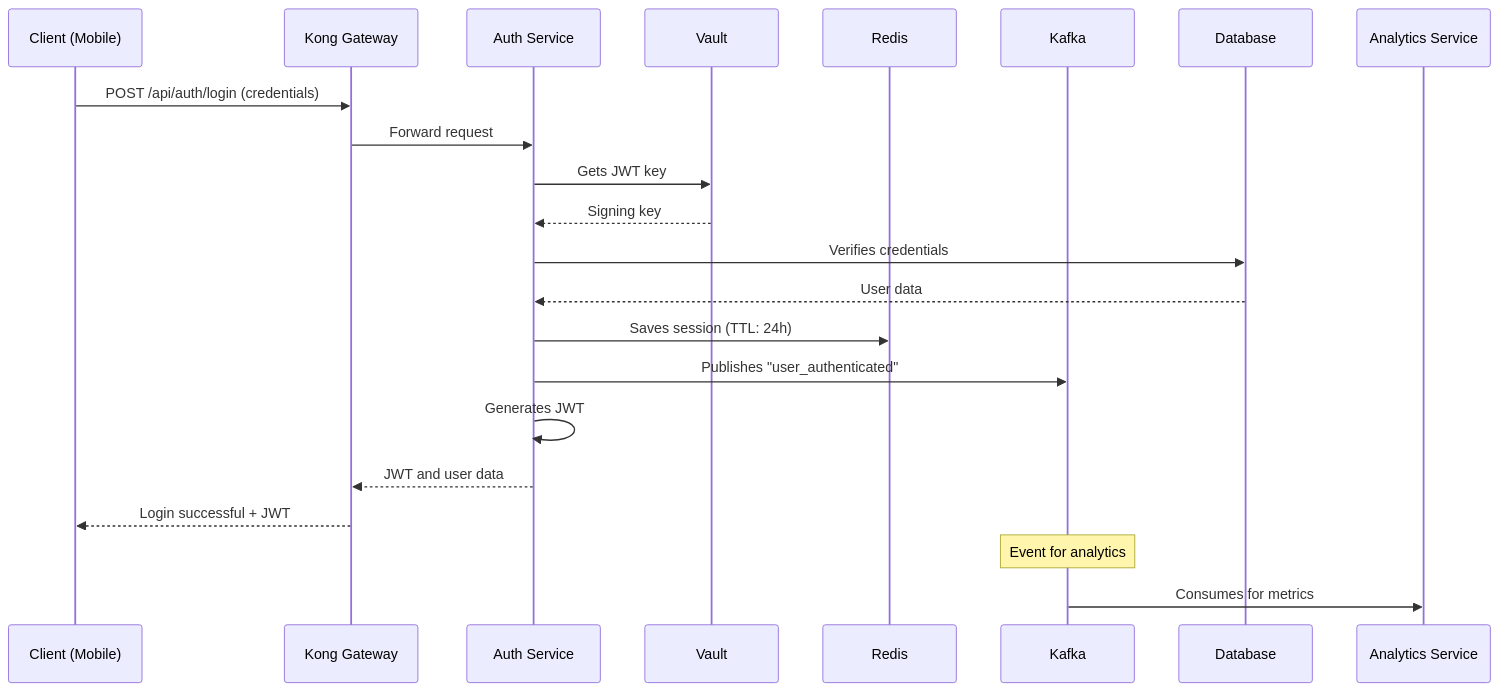
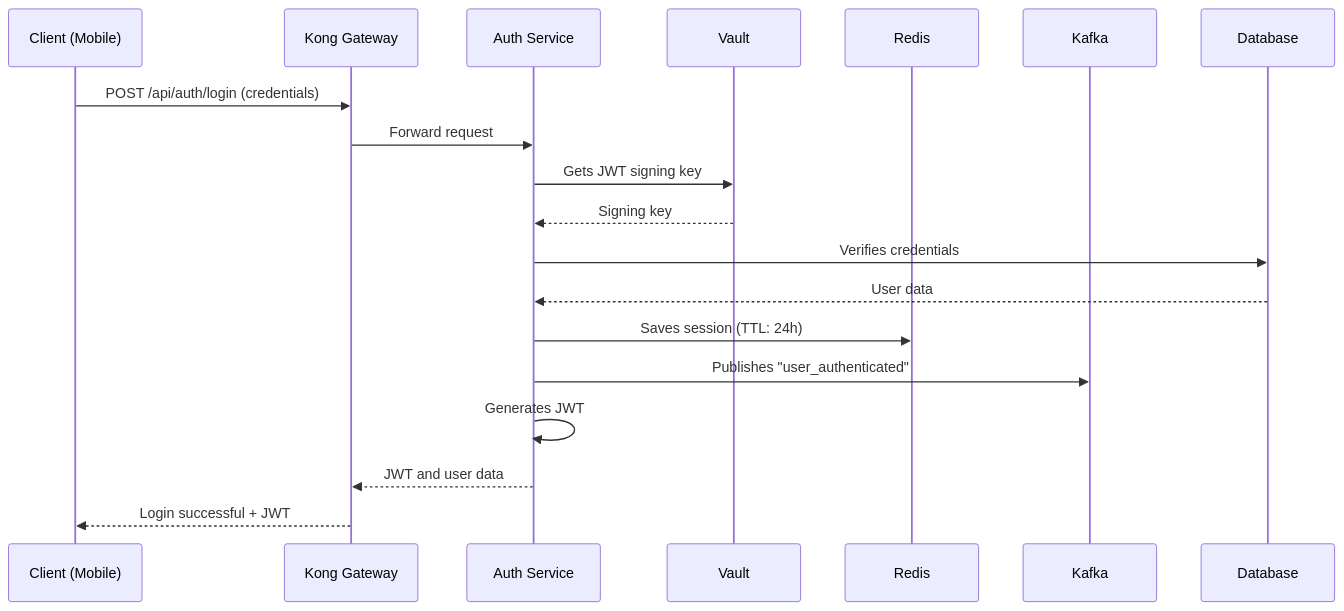
Before and after one commit to Santiago1010/dev-container: the second of 4 diagrams in README.md, drawn with Mermaid. The commit also changed other lines of this file and 3 other files, not shown here.

````diff
--- a/README.md
+++ b/README.md
@@ -207,25 +249,22 @@
 ```mermaid
 sequenceDiagram
     participant C as Client (Mobile)
     participant K as Kong Gateway
     participant A as Auth Service
     participant V as Vault
     participant R as Redis
     participant Ka as Kafka
     participant DB as Database
 
     C->>K: POST /api/auth/login (credentials)
     K->>A: Forward request
-    A->>V: Gets JWT key
+    A->>V: Gets JWT signing key
     V-->>A: Signing key
     A->>DB: Verifies credentials
     DB-->>A: User data
     A->>R: Saves session (TTL: 24h)
     A->>Ka: Publishes "user_authenticated"
     A->>A: Generates JWT
     A-->>K: JWT and user data
     K-->>C: Login successful + JWT
-    
-    Note over Ka: Event for analytics
-    Ka->>Analytics Service: Consumes for metrics
 ```
````
